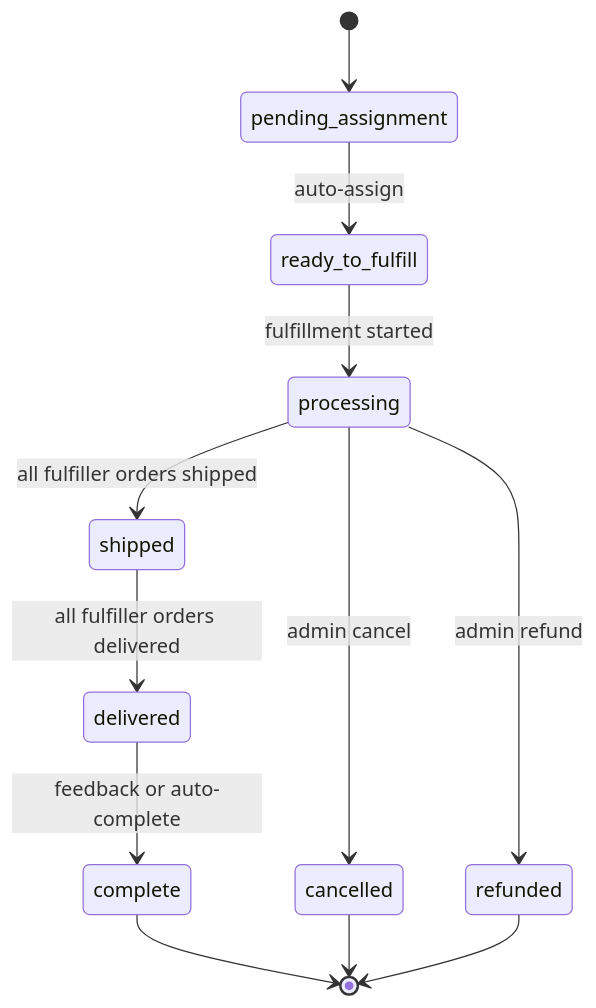
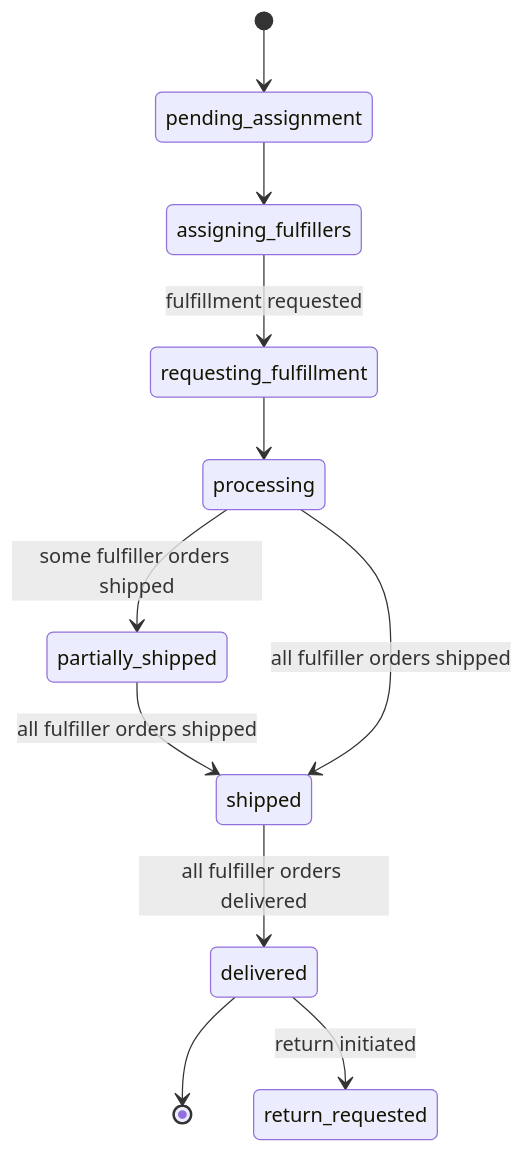
The third of 3 diagrams in docs/developer-guide.md (night-heron-software/temporal-commerce-demo), drawn with Mermaid before and after one commit. The commit also changed other lines of this file and 13 other files, not shown here.

````diff
--- a/docs/developer-guide.md
+++ b/docs/developer-guide.md
@@ -310,14 +312,13 @@
 ```mermaid
 stateDiagram-v2
     [*] --> pending_assignment
-    pending_assignment --> ready_to_fulfill : auto-assign
-    ready_to_fulfill --> processing : fulfillment started
+    pending_assignment --> assigning_fulfillers
+    assigning_fulfillers --> requesting_fulfillment : fulfillment requested
+    requesting_fulfillment --> processing
+    processing --> partially_shipped : some fulfiller orders shipped
+    partially_shipped --> shipped : all fulfiller orders shipped
     processing --> shipped : all fulfiller orders shipped
     shipped --> delivered : all fulfiller orders delivered
-    delivered --> complete : feedback or auto-complete
-    processing --> cancelled : admin cancel
-    processing --> refunded : admin refund
-    complete --> [*]
-    cancelled --> [*]
-    refunded --> [*]
+    delivered --> [*]
+    delivered --> return_requested : return initiated
 ```
````
